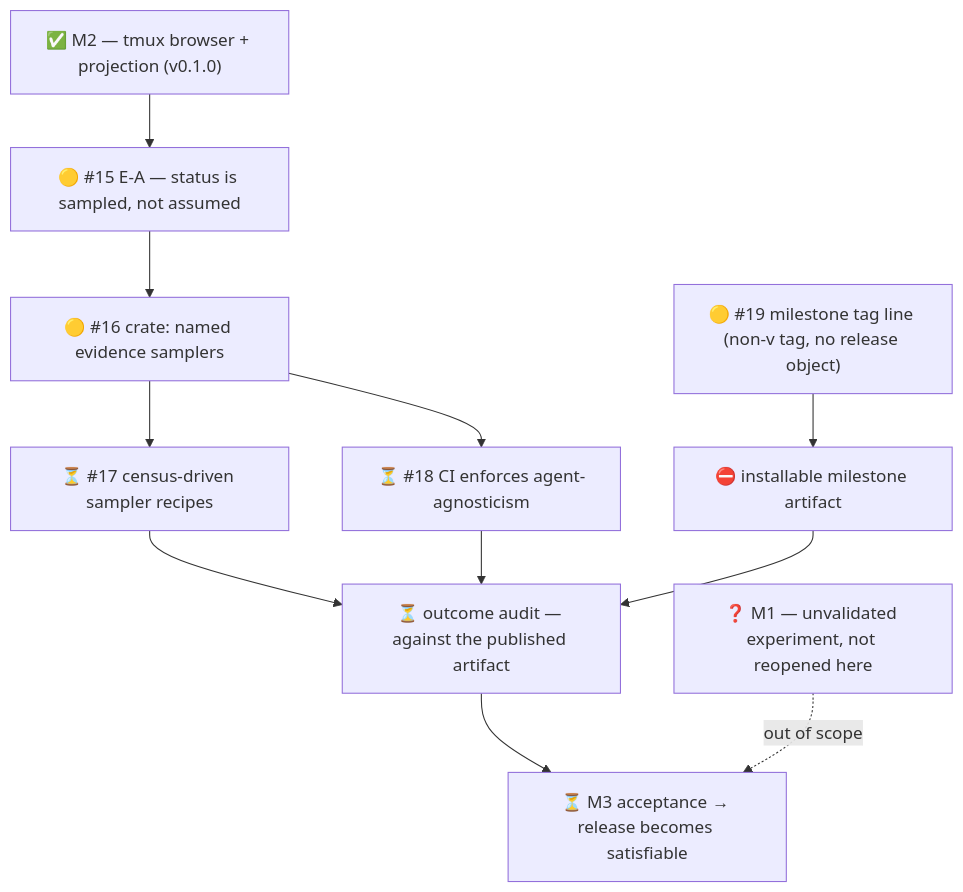
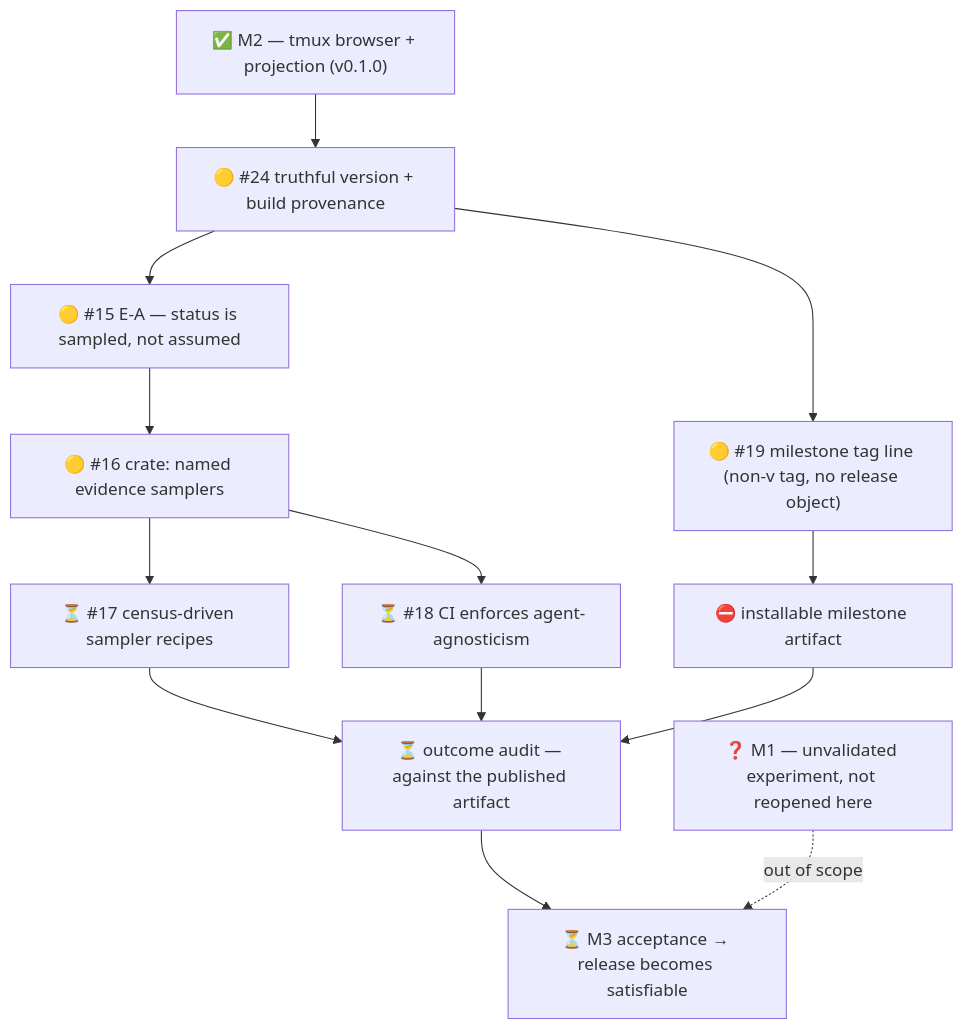
The diagram in .milestones/3/state.md (lambdasistemi/factory-tui), drawn with Mermaid before and after one commit. The commit also changed other lines of this file and 2 other files, not shown here.

Commit message:
milestones: 3 2026-08-13T17:07:04Z

````diff
--- a/.milestones/3/state.md
+++ b/.milestones/3/state.md
@@ -11,23 +11,26 @@
 ```mermaid
 flowchart TD
   M2["✅ M2 — tmux browser + projection (v0.1.0)"]
+  TE["🟡 #24 truthful version + build provenance"]
   EA["🟡 #15 E-A — status is sampled, not assumed"]
   EA1["🟡 #16 crate: named evidence samplers"]
   EA2["⏳ #17 census-driven sampler recipes"]
   EA3["⏳ #18 CI enforces agent-agnosticism"]
   TB["🟡 #19 milestone tag line (non-v tag, no release object)"]
   ART["⛔ installable milestone artifact"]
   AUD["⏳ outcome audit — against the published artifact"]
   ACC["⏳ M3 acceptance → release becomes satisfiable"]
   M1["❓ M1 — unvalidated experiment, not reopened here"]
 
-  M2 --> EA
+  M2 --> TE
+  TE --> EA
+  TE --> TB
   EA --> EA1 --> EA2
   EA1 --> EA3
   TB --> ART
   EA2 --> AUD
   EA3 --> AUD
   ART --> AUD
   AUD --> ACC
   M1 -.->|out of scope| ACC
 ```
````
